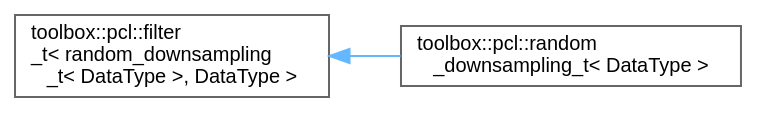
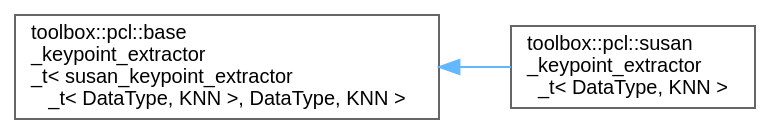
One commit to nerdneilsfield/cpp-toolbox changed the diagram in inherit_graph_57.dot. Above: the diagram before and after it, drawn with Graphviz. The commit also changed 527 other files, not shown here.

```diff
--- a/inherit_graph_57.dot
+++ b/inherit_graph_57.dot
@@ -1,11 +1,11 @@
 digraph "Graphical Class Hierarchy"
 {
  // LATEX_PDF_SIZE
   bgcolor="transparent";
   edge [fontname=Helvetica,fontsize=10,labelfontname=Helvetica,labelfontsize=10];
   node [fontname=Helvetica,fontsize=10,shape=box,height=0.2,width=0.4];
   rankdir="LR";
-  Node0 [id="Node000000",label="toolbox::pcl::filter\l_t\< random_downsampling\l_t\< DataType \>, DataType \>",height=0.2,width=0.4,color="grey40", fillcolor="white", style="filled",URL="$classtoolbox_1_1pcl_1_1filter__t.html",tooltip=" "];
-  Node0 -> Node1 [id="edge52_Node000000_Node000001",dir="back",color="steelblue1",style="solid",tooltip=" "];
-  Node1 [id="Node000001",label="toolbox::pcl::random\l_downsampling_t\< DataType \>",height=0.2,width=0.4,color="grey40", fillcolor="white", style="filled",URL="$classtoolbox_1_1pcl_1_1random__downsampling__t.html",tooltip=" "];
+  Node0 [id="Node000000",label="toolbox::pcl::base\l_keypoint_extractor\l_t\< susan_keypoint_extractor\l_t\< DataType, KNN \>, DataType, KNN \>",height=0.2,width=0.4,color="grey40", fillcolor="white", style="filled",URL="$classtoolbox_1_1pcl_1_1base__keypoint__extractor__t.html",tooltip=" "];
+  Node0 -> Node1 [id="edge55_Node000000_Node000001",dir="back",color="steelblue1",style="solid",tooltip=" "];
+  Node1 [id="Node000001",label="toolbox::pcl::susan\l_keypoint_extractor\l_t\< DataType, KNN \>",height=0.2,width=0.4,color="grey40", fillcolor="white", style="filled",URL="$classtoolbox_1_1pcl_1_1susan__keypoint__extractor__t.html",tooltip="SUSAN (Smallest Univalue Segment Assimilating Nucleus) 3D关键点提取器 / SUSAN (Smallest Univalue Segment As..."];
 }
```
